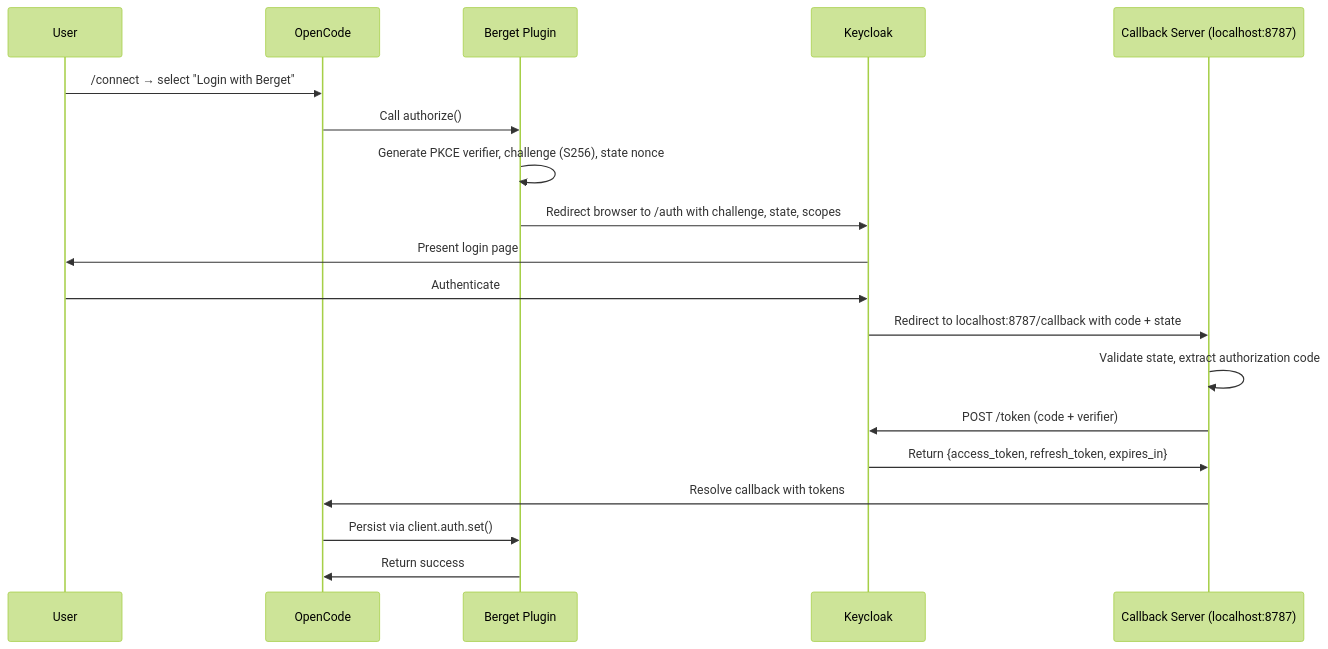
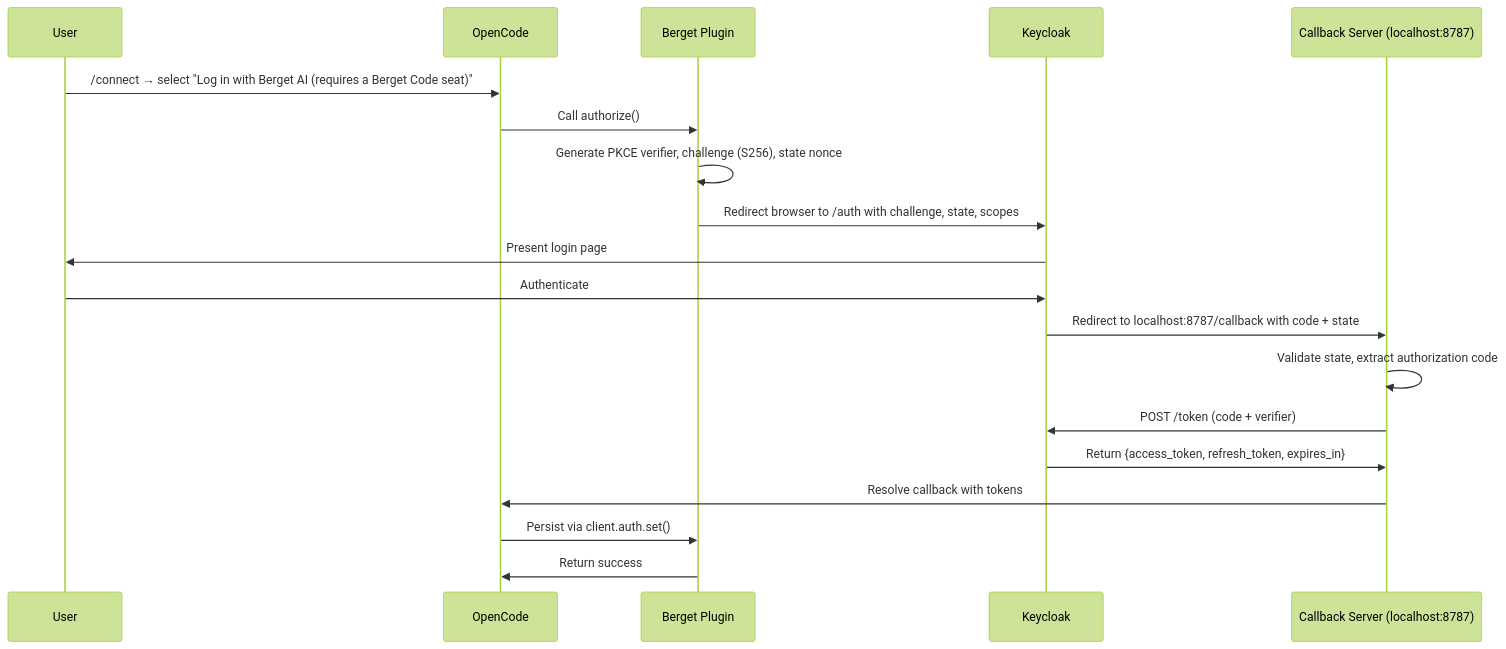
The first of 3 diagrams in docs/auth.md (berget-ai/opencode-berget-auth), drawn with Mermaid (forest theme) before and after one commit. The commit also changed other lines of this file and 6 other files, not shown here.

````diff
--- a/docs/auth.md
+++ b/docs/auth.md
@@ -86,22 +86,22 @@
 ```mermaid
 sequenceDiagram
     participant U as User
     participant OC as OpenCode
     participant BP as Berget Plugin
     participant K as Keycloak
     participant CB as Callback Server (localhost:8787)
 
-    U->>OC: /connect → select "Login with Berget"
+    U->>OC: /connect → select "Log in with Berget AI (requires a Berget Code seat)"
     OC->>BP: Call authorize()
     BP->>BP: Generate PKCE verifier, challenge (S256), state nonce
     BP->>K: Redirect browser to /auth with challenge, state, scopes
     K->>U: Present login page
     U->>K: Authenticate
     K->>CB: Redirect to localhost:8787/callback with code + state
     CB->>CB: Validate state, extract authorization code
     CB->>K: POST /token (code + verifier)
     K->>CB: Return {access_token, refresh_token, expires_in}
     CB->>OC: Resolve callback with tokens
     OC->>BP: Persist via client.auth.set()
     BP->>OC: Return success
 ```
````
